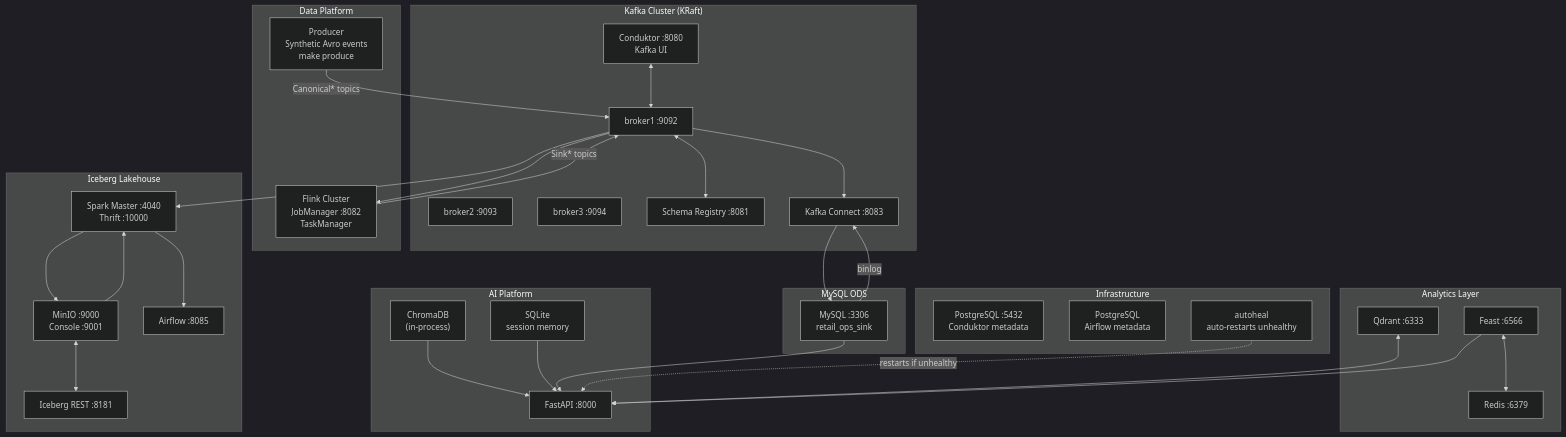
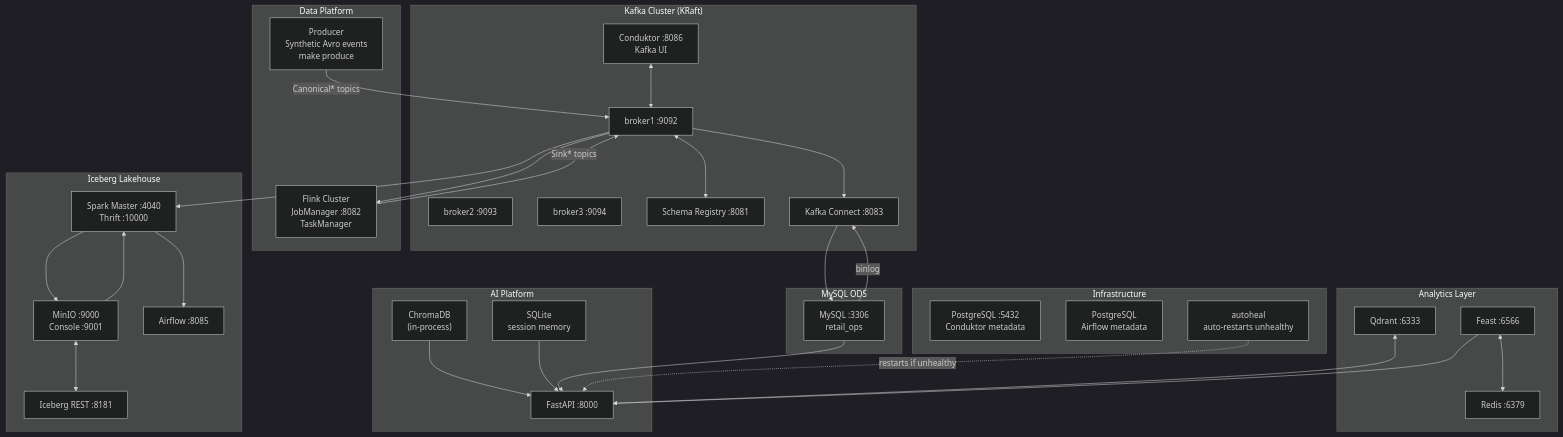
One commit to wchen-dea/Agentic-Operational-Intelligence-Platform changed the diagram in docs/architecture_local.md. Above: the diagram before and after it, drawn with Mermaid (dark theme). The commit also changed other lines of this file and 96 other files, not shown here.

````diff
--- a/docs/architecture_local.md
+++ b/docs/architecture_local.md
@@ -7,62 +7,62 @@
 ```mermaid
 graph TB
     subgraph Kafka["Kafka Cluster (KRaft)"]
         B1["broker1 :9092"]
         B2["broker2 :9093"]
         B3["broker3 :9094"]
         SR["Schema Registry :8081"]
         KC["Kafka Connect :8083"]
-        CDK["Conduktor :8080\nKafka UI"]
+        CDK["Conduktor :8086\nKafka UI"]
     end
 
     subgraph DataPlatform["Data Platform"]
         PROD["Producer\nSynthetic Avro events\nmake produce"]
         FLINK["Flink Cluster\nJobManager :8082\nTaskManager"]
     end
 
     subgraph ODS["MySQL ODS"]
-        MYSQL["MySQL :3306\nretail_ops_sink"]
+        MYSQL["MySQL :3306\nretail_ops"]
     end
 
     subgraph Lakehouse["Iceberg Lakehouse"]
         MINIO["MinIO :9000\nConsole :9001"]
         ICE["Iceberg REST :8181"]
         SPARK["Spark Master :4040\nThrift :10000"]
         AIR["Airflow :8085"]
     end
 
     subgraph Analytics["Analytics Layer"]
         QDRANT["Qdrant :6333"]
         FEAST["Feast :6566"]
         REDIS["Redis :6379"]
     end
 
     subgraph AI["AI Platform"]
         APP["FastAPI :8000"]
         CHROMA["ChromaDB\n(in-process)"]
         SQLITE["SQLite\nsession memory"]
     end
 
     subgraph Support["Infrastructure"]
         PG_CDK["PostgreSQL :5432\nConduktor metadata"]
         PG_AIR["PostgreSQL\nAirflow metadata"]
         AUTOHEAL["autoheal\nauto-restarts unhealthy"]
     end
 
     PROD -->|"Canonical* topics"| B1
     B1 <--> SR
     B1 --> FLINK -->|"Sink* topics"| B1
     B1 --> KC --> MYSQL
     MYSQL -->|"binlog"| KC
     B1 --> SPARK --> MINIO <--> ICE
     SPARK --> AIR
     MINIO --> SPARK
     QDRANT <--> APP
     FEAST <--> REDIS
     FEAST --> APP
     CHROMA --> APP
     SQLITE --> APP
     MYSQL --> APP
     CDK <--> B1
     AUTOHEAL -.->|"restarts if unhealthy"| APP
 ```
````
